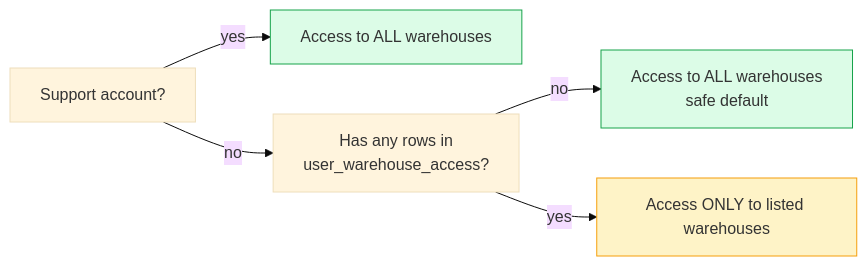
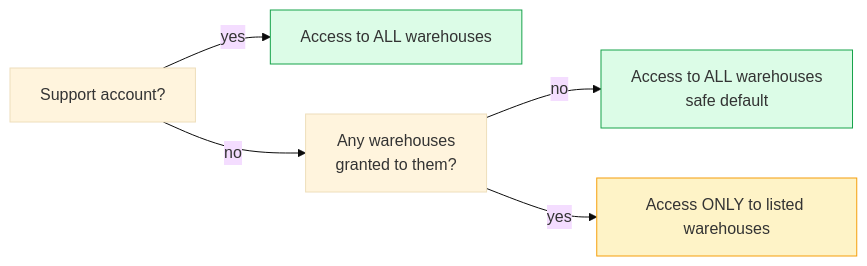
The first of 2 diagrams in docs/manual/docs/foundation/warehouse-access.md (quilit-dev/quilit-erp), drawn with Mermaid (base theme) before and after one commit. The commit also changed other lines of this file and 58 other files, not shown here.

````diff
--- a/docs/manual/docs/foundation/warehouse-access.md
+++ b/docs/manual/docs/foundation/warehouse-access.md
@@ -41,11 +41,11 @@
 ```mermaid
 flowchart LR
     SU[Support account?] -->|yes| ALL[Access to ALL warehouses]
-    SU -->|no| ANY[Has any rows in<br/>user_warehouse_access?]
+    SU -->|no| ANY[Any warehouses<br/>granted to them?]
     ANY -->|no| ALL2[Access to ALL warehouses<br/>safe default]
     ANY -->|yes| LIST[Access ONLY to listed warehouses]
 
     style ALL fill:#dcfce7,stroke:#16a34a
     style ALL2 fill:#dcfce7,stroke:#16a34a
     style LIST fill:#fef3c7,stroke:#f59e0b
 ```
````
